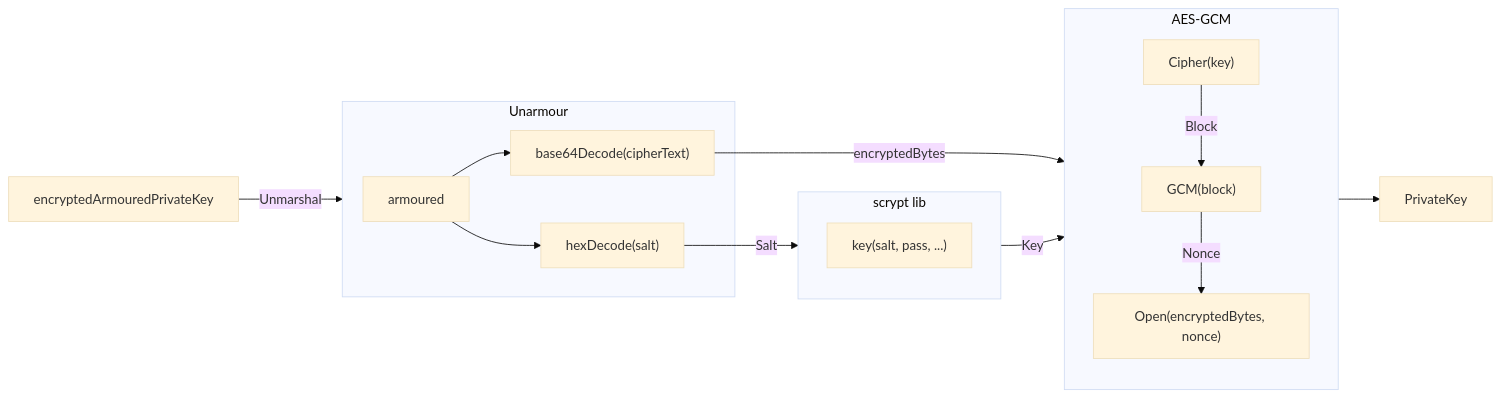
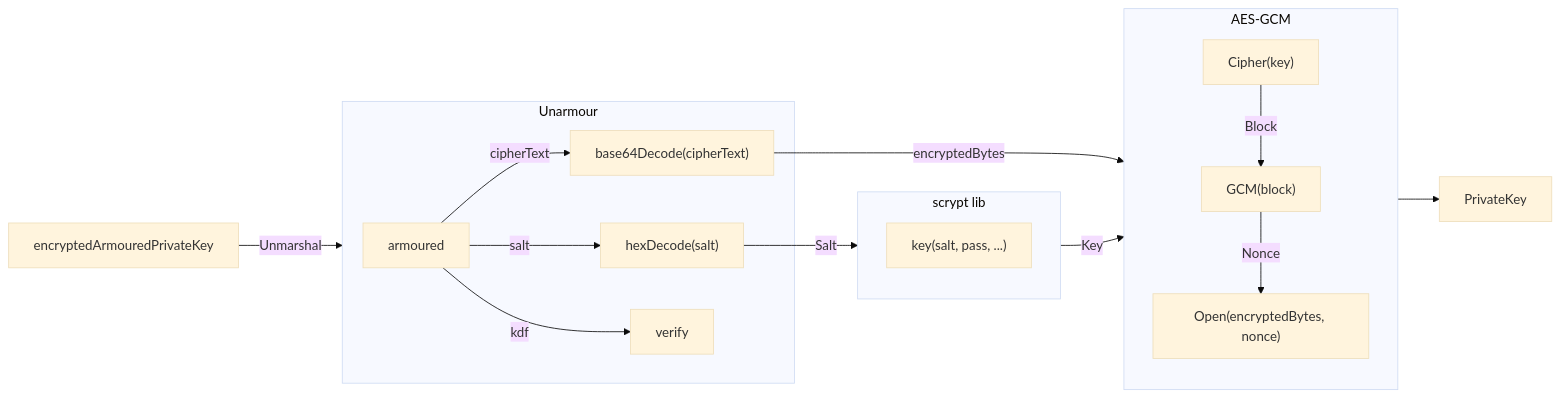
Before and after one commit to pokt-network/pocket: the second of 2 diagrams in shared/crypto/README.md, drawn with Mermaid (base theme). The commit also changed 1 other file, not shown here.

Commit message:
Update comments and readme

````diff
--- a/shared/crypto/README.md
+++ b/shared/crypto/README.md
@@ -77,26 +77,29 @@
 ```mermaid
 flowchart LR
     subgraph U[Unarmour]
         armoured
         B["hexDecode(salt)"]
         C["base64Decode(cipherText)"]
-        armoured-->B
-        armoured-->C
+        D["verify"]
+        armoured--salt-->B
+        armoured--cipherText-->C
+        armoured--kdf-->D
+        
     end
     subgraph S[scrypt lib]
         E["key(salt, pass, ...)"]
     end
     subgraph AES-GCM
         direction TB
         F["Cipher(key)"]
         G["GCM(block)"]
         H["Open(encryptedBytes, nonce)"]
         F--Block-->G
         G--Nonce-->H
     end
     encryptedArmouredPrivateKey --Unmarshal--> U
     B--Salt-->S
     C--encryptedBytes-->AES-GCM
     S--Key-->AES-GCM
     AES-GCM-->PrivateKey
 ```
````
